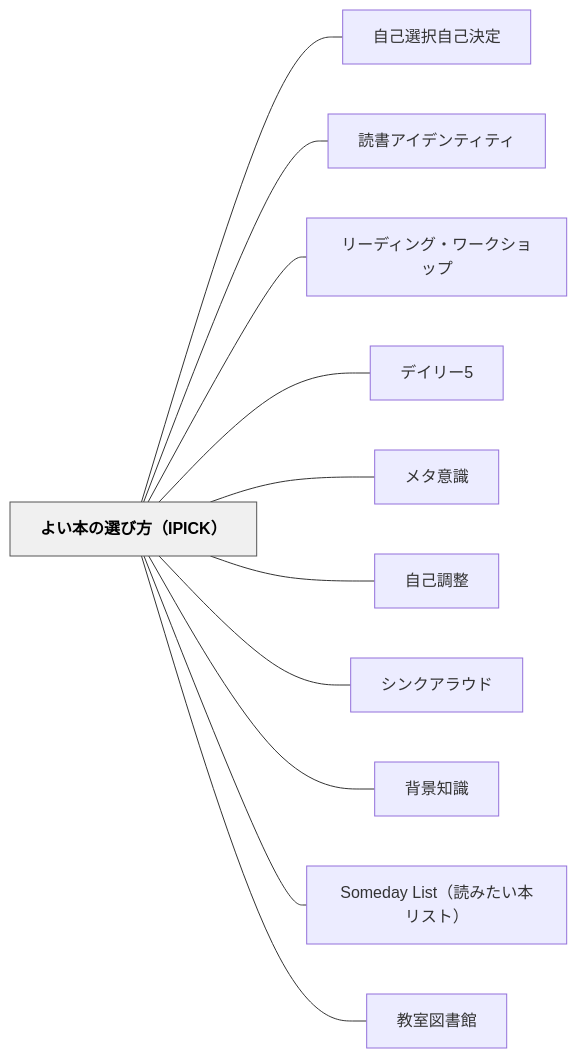
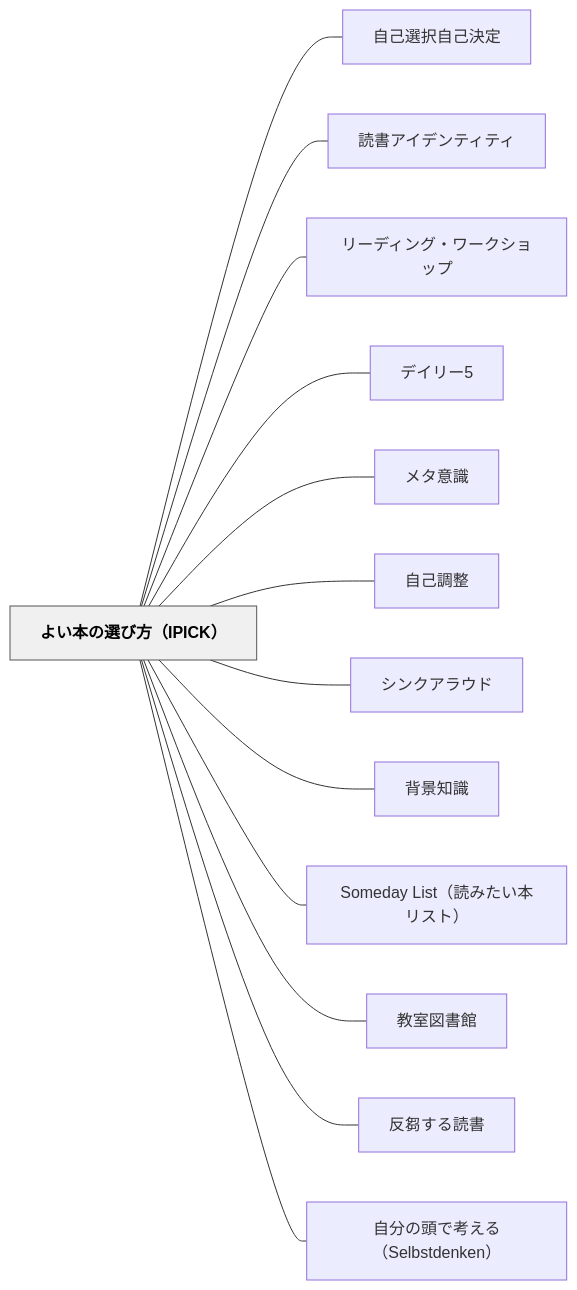
Before and after one commit to unknownthings-ed-patterns/unknownthings-ed-patterns: the diagram in content/パタン/よい本の選び方（IPICK）.md, drawn with Mermaid. The commit also changed other lines of this file and 12 other files, not shown here.

````diff
--- a/content/パタン/よい本の選び方（IPICK）.md
+++ b/content/パタン/よい本の選び方（IPICK）.md
@@ -206,28 +217,32 @@
 ```mermaid
 flowchart LR
     ne38288e38184e69cace381aee981b8e381b3e696b9efbc88495049434befbc89["よい本の選び方（IPICK）"]
     ne887aae5b7b1e981b8e68a9ee887aae5b7b1e6b1bae5ae9a["自己選択自己決定"]
     ne8aaade69bb8e382a2e382a4e38387e383b3e38386e382a3e38386e382a3["読書アイデンティティ"]
     ne383aae383bce38387e382a3e383b3e382b0e383bbe383afe383bce382afe382b7e383a7e38383e38397["リーディング・ワークショップ"]
     ne38387e382a4e383aae383bc35["デイリー5"]
     ne383a1e382bfe6848fe8ad98["メタ意識"]
     ne887aae5b7b1e8aabfe695b4["自己調整"]
     ne382b7e383b3e382afe382a2e383a9e382a6e38389["シンクアラウド"]
     ne8838ce699afe79fa5e8ad98["背景知識"]
     n536f6d65646179204c697374efbc88e8aaade381bfe3819fe38184e69cace383aae382b9e38388efbc89["Someday List（読みたい本リスト）"]
     ne69599e5aea4e59bb3e69bb8e9a4a8["教室図書館"]
+    ne58f8de88abbe38199e3828be8aaade69bb8["反芻する読書"]
+    ne887aae58886e381aee9a0ade381a7e88083e38188e3828befbc8853656c62737464656e6b656eefbc89["自分の頭で考える（Selbstdenken）"]
 
     ne38288e38184e69cace381aee981b8e381b3e696b9efbc88495049434befbc89 --- ne887aae5b7b1e981b8e68a9ee887aae5b7b1e6b1bae5ae9a
     ne38288e38184e69cace381aee981b8e381b3e696b9efbc88495049434befbc89 --- ne8aaade69bb8e382a2e382a4e38387e383b3e38386e382a3e38386e382a3
     ne38288e38184e69cace381aee981b8e381b3e696b9efbc88495049434befbc89 --- ne383aae383bce38387e382a3e383b3e382b0e383bbe383afe383bce382afe382b7e383a7e38383e38397
     ne38288e38184e69cace381aee981b8e381b3e696b9efbc88495049434befbc89 --- ne38387e382a4e383aae383bc35
     ne38288e38184e69cace381aee981b8e381b3e696b9efbc88495049434befbc89 --- ne383a1e382bfe6848fe8ad98
     ne38288e38184e69cace381aee981b8e381b3e696b9efbc88495049434befbc89 --- ne887aae5b7b1e8aabfe695b4
     ne38288e38184e69cace381aee981b8e381b3e696b9efbc88495049434befbc89 --- ne382b7e383b3e382afe382a2e383a9e382a6e38389
     ne38288e38184e69cace381aee981b8e381b3e696b9efbc88495049434befbc89 --- ne8838ce699afe79fa5e8ad98
     ne38288e38184e69cace381aee981b8e381b3e696b9efbc88495049434befbc89 --- n536f6d65646179204c697374efbc88e8aaade381bfe3819fe38184e69cace383aae382b9e38388efbc89
     ne38288e38184e69cace381aee981b8e381b3e696b9efbc88495049434befbc89 --- ne69599e5aea4e59bb3e69bb8e9a4a8
+    ne38288e38184e69cace381aee981b8e381b3e696b9efbc88495049434befbc89 --- ne58f8de88abbe38199e3828be8aaade69bb8
+    ne38288e38184e69cace381aee981b8e381b3e696b9efbc88495049434befbc89 --- ne887aae58886e381aee9a0ade381a7e88083e38188e3828befbc8853656c62737464656e6b656eefbc89
 
     classDef hub fill:#f0f0f0,stroke:#555,color:#000,font-weight:bold
     class ne38288e38184e69cace381aee981b8e381b3e696b9efbc88495049434befbc89 hub
 ```
````
